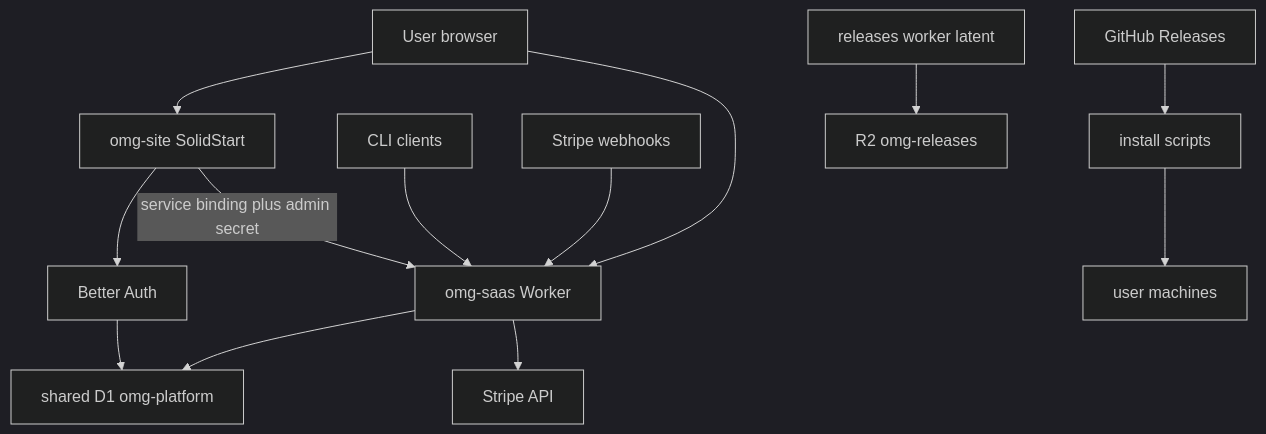
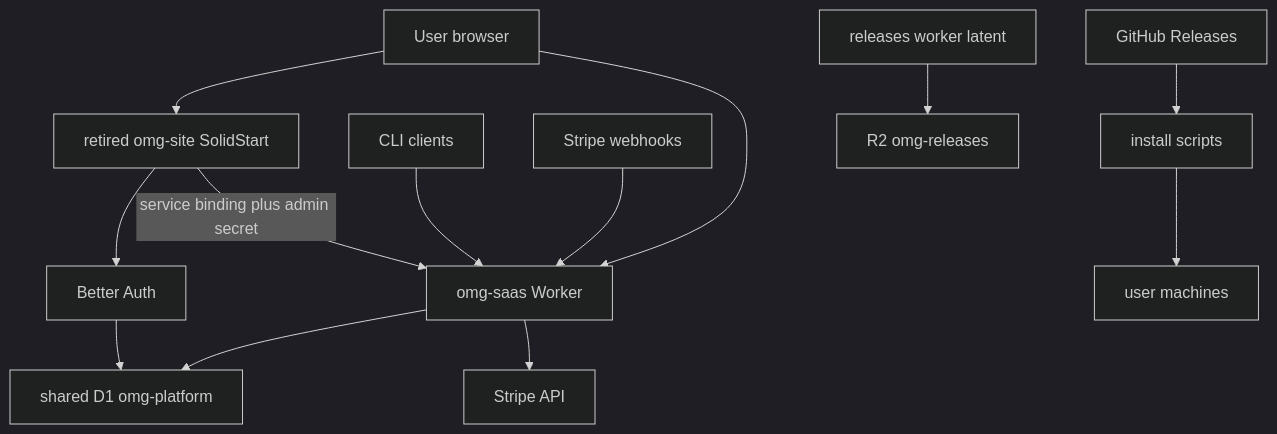
The diagram in omg-web-threat-model.md (PyRo1121/omg-web), drawn with Mermaid (dark theme) before and after one commit. The commit also changed other lines of this file and 410 other files, not shown here.

````diff
--- a/omg-web-threat-model.md
+++ b/omg-web-threat-model.md
@@ -49,15 +51,15 @@
 ```mermaid
 flowchart TD
-    U["User browser"] --> SITE["omg-site SolidStart"]
+    U["User browser"] --> SITE["retired omg-site SolidStart"]
     U --> API["omg-saas Worker"]
     CLI["CLI clients"] --> API
     GH["Stripe webhooks"] --> API
     SITE --> BA["Better Auth"]
     SITE -->|service binding plus admin secret| API
     API --> D1["shared D1 omg-platform"]
     BA --> D1
     API --> STRIPE["Stripe API"]
     REL["releases worker latent"] --> R2["R2 omg-releases"]
     GHREL["GitHub Releases"] --> INST["install scripts"]
     INST --> USERMACH["user machines"]
 ```
````
